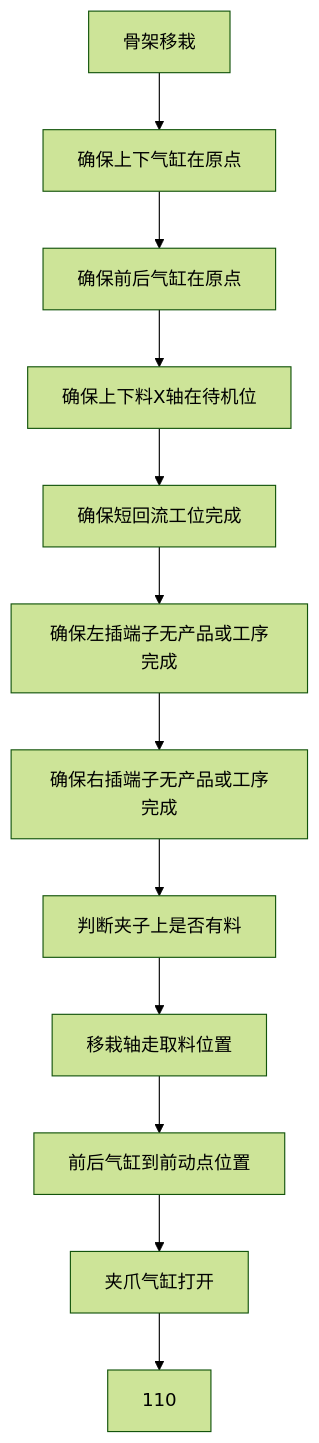
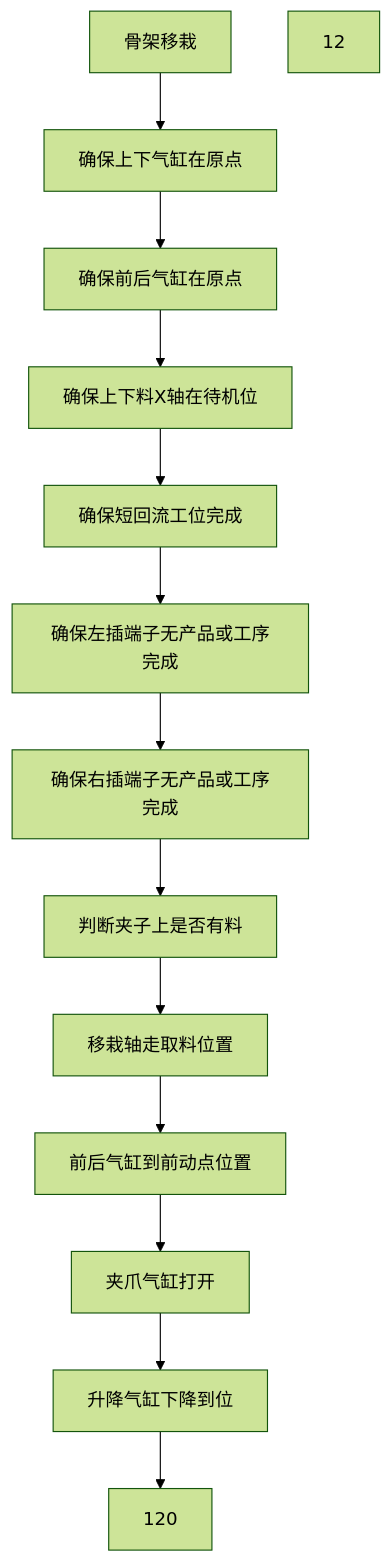
One commit to zmq000/iodraw-files changed the diagram in all/VR-OP90骨架移栽.md. Above: the diagram before and after it, drawn with Mermaid (forest theme).

Commit message:
2026-06-18 10:42:42 update

````diff
--- a/all/VR-OP90骨架移栽.md
+++ b/all/VR-OP90骨架移栽.md
@@ -1,19 +1,21 @@
 ```mermaid
 graph TD
    0[骨架移栽]-->10
    10[确保上下气缸在原点]-->20
    20[确保前后气缸在原点]-->30
    30[确保上下料X轴在待机位]-->40
    40[确保短回流工位完成]-->50
    50[确保左插端子无产品或工序完成]-->60
    60[确保右插端子无产品或工序完成]-->70
    70[判断夹子上是否有料]-->80
    80[移栽轴走取料位置]-->90
    90[前后气缸到前动点位置]-->100
    100[夹爪气缸打开]-->110
-   110
+   110[升降气缸下降到位]-->120
+   12
+
 
 
 
   
 ```
````
